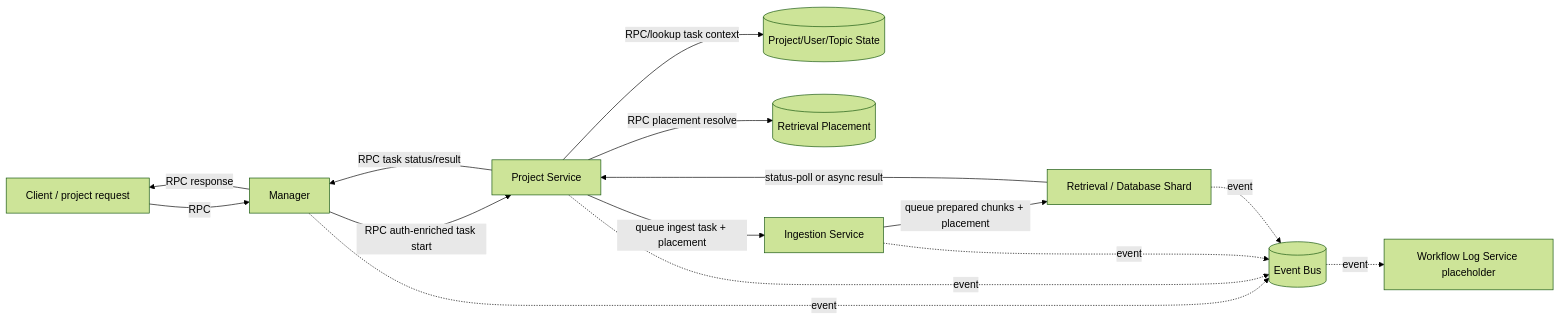
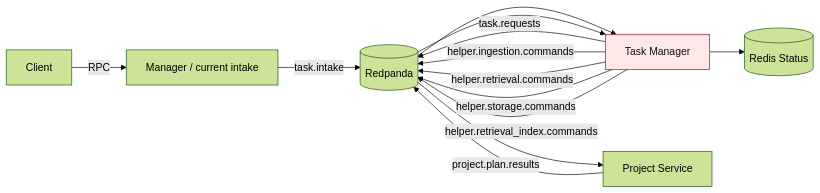
One commit to bruuuuuceliu/qdrant_rag_server changed the first of 4 diagrams in plan.md. Above: the diagram before and after it, drawn with Mermaid (forest theme). The commit also changed other lines of this file and 324 other files, not shown here.

````diff
--- a/plan.md
+++ b/plan.md
@@ -75,18 +258,18 @@
 ```mermaid
 flowchart LR
-    C[Client / project request] -->|RPC| M[Manager]
-    M -->|RPC auth-enriched task start| P[Project Service]
-    P -->|RPC/lookup task context| PS[(Project/User/Topic State)]
-    P -->|RPC placement resolve| R[(Retrieval Placement)]
-    P -->|queue ingest task + placement| I[Ingestion Service]
-    I -->|queue prepared chunks + placement| D[Retrieval / Database Shard]
-    D -->|status-poll or async result| P
-    P -->|RPC task status/result| M
-    M -->|RPC response| C
+    C[Client] -->|RPC| M[Manager / current intake]
+    M -->|task.intake| B[(Redpanda)]
+    B --> TM[Task Manager]
+    TM -->|task.requests| B
+    B --> P[Project Service]
+    P -->|project.plan.results| B
+    B --> TM
+    TM -->|helper.ingestion.commands| B
+    TM -->|helper.retrieval.commands| B
+    TM -->|helper.storage.commands| B
+    TM -->|helper.retrieval_index.commands| B
+    TM --> Redis[(Redis Status)]
 
-    M -.->|event| E[(Event Bus)]
-    P -.->|event| E
-    I -.->|event| E
-    D -.->|event| E
-    E -.->|event| W[Workflow Log Service placeholder]
+    classDef wrong fill:#ffe8e8,stroke:#b00020,color:#111;
+    class TM wrong;
 ```
````
